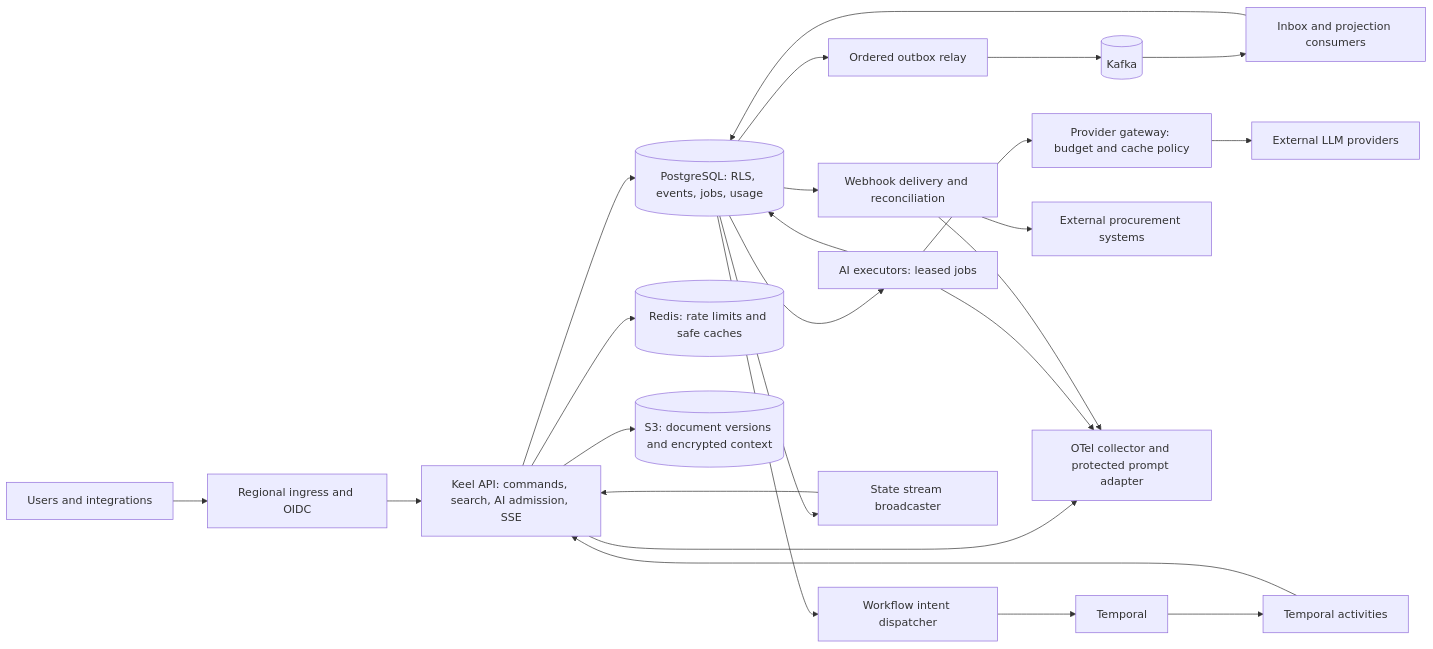
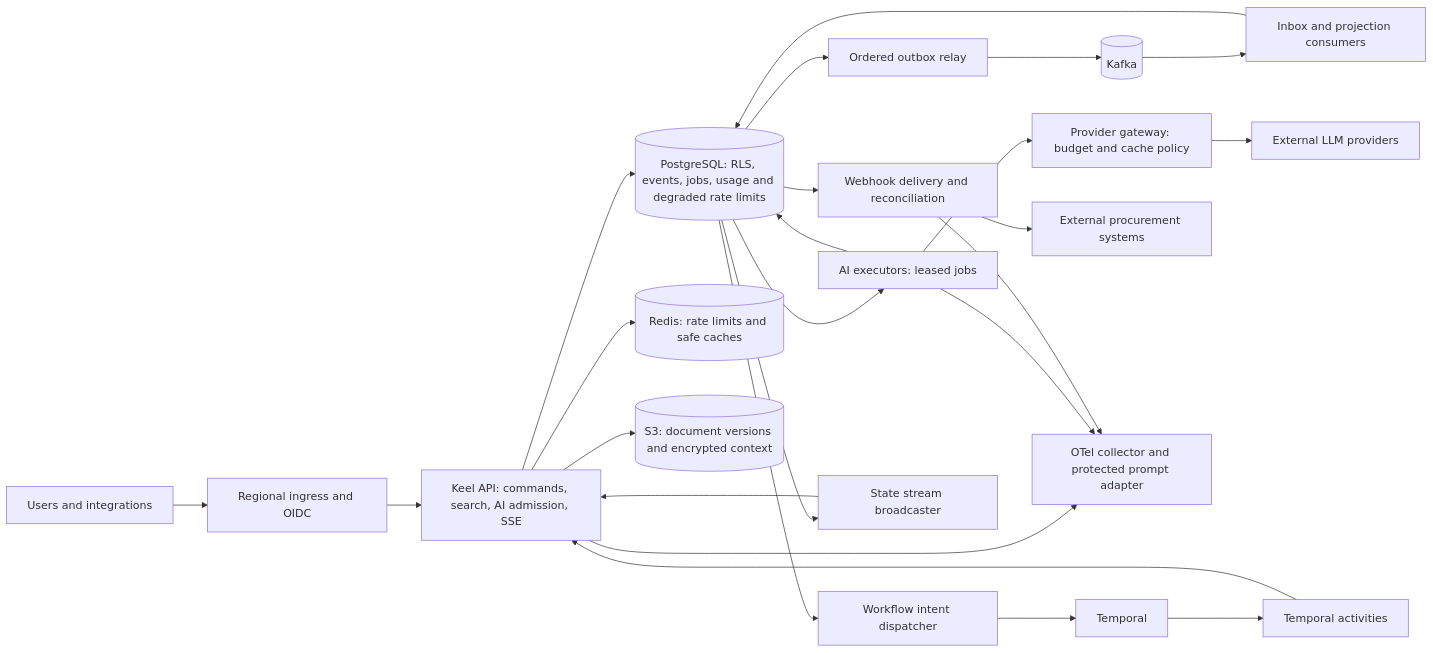
The first of 2 diagrams in docs/ARCHITECTURE.md (sanskarpan/Keel), drawn with Mermaid before and after one commit. The commit also changed other lines of this file, not shown here.

Commit message:
K4.7.2: Document degraded limiter authority

````diff
--- a/docs/ARCHITECTURE.md
+++ b/docs/ARCHITECTURE.md
@@ -7,27 +7,27 @@
 ```mermaid
 flowchart LR
     U[Users and integrations] --> E[Regional ingress and OIDC]
     E --> A[Keel API: commands, search, AI admission, SSE]
-    A --> P[(PostgreSQL: RLS, events, jobs, usage)]
+    A --> P[(PostgreSQL: RLS, events, jobs, usage and degraded rate limits)]
     A --> R[(Redis: rate limits and safe caches)]
     A --> S[(S3: document versions and encrypted context)]
     P --> O[Ordered outbox relay]
     O --> K[(Kafka)]
     K --> C[Inbox and projection consumers]
     C --> P
     P --> J[AI executors: leased jobs]
     J --> M[Provider gateway: budget and cache policy]
     M --> L[External LLM providers]
     J --> P
     P --> I[Workflow intent dispatcher]
     I --> T[Temporal]
     T --> W[Temporal activities]
     W --> A
     P --> H[Webhook delivery and reconciliation]
     H --> X[External procurement systems]
     P --> V[State stream broadcaster]
     V --> A
     A --> OT[OTel collector and protected prompt adapter]
     J --> OT
     H --> OT
 ```
````
